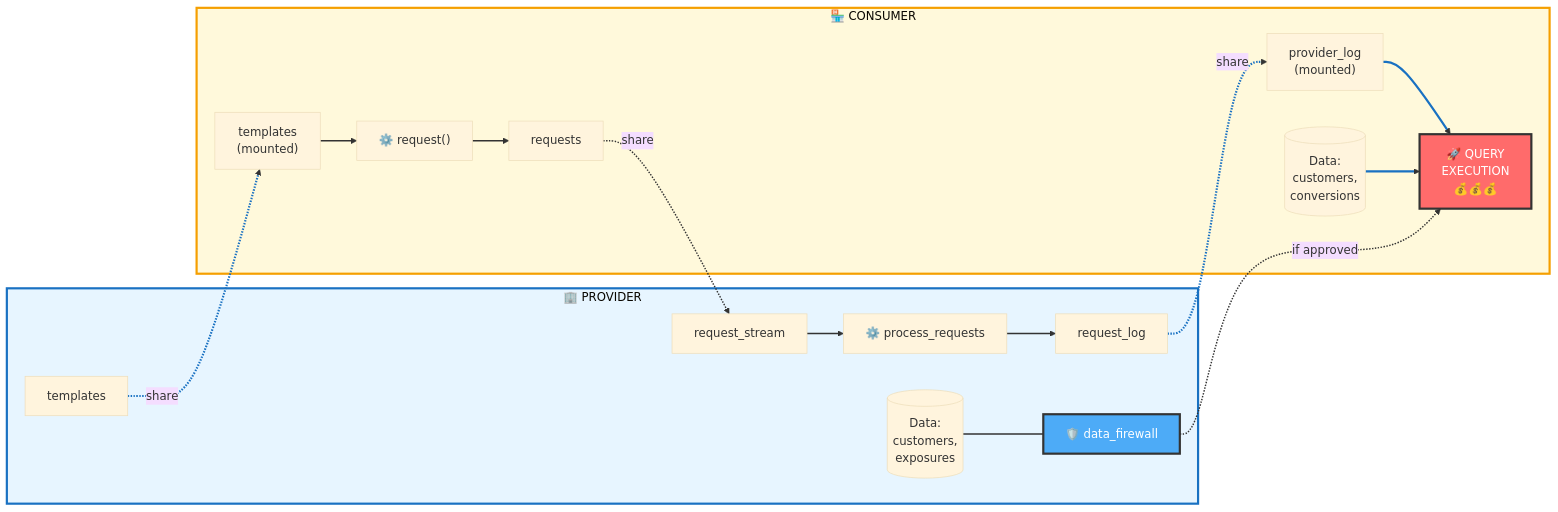
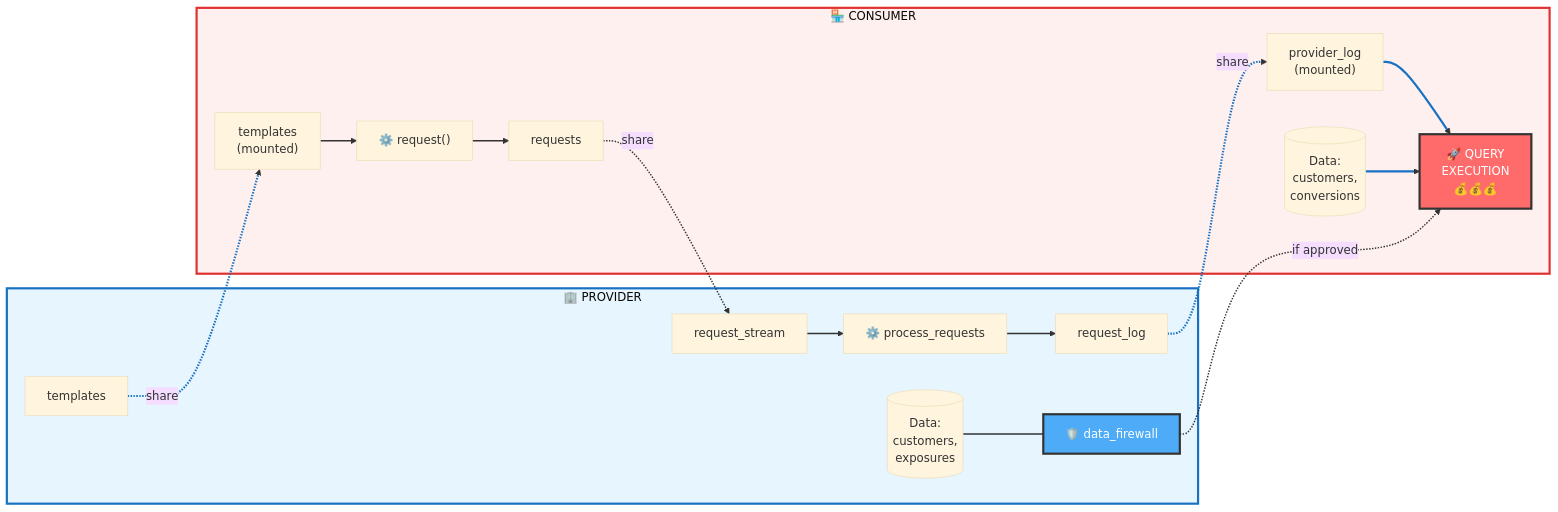
The first of 4 diagrams in DCR_Flow_and_Cost_Guide.md (sfc-gh-vshiv/sfquickstart-data-clean-room), drawn with Mermaid before and after one commit.

Commit message:
Update consumer style in DCR Flow and Cost Guide Mermaid diagram for improved visual consistency and clarity.

````diff
--- a/DCR_Flow_and_Cost_Guide.md
+++ b/DCR_Flow_and_Cost_Guide.md
@@ -21,41 +21,41 @@
 ```mermaid
 %%{init: {'theme': 'base', 'themeVariables': {'lineColor': '#333333'}}}%%
 flowchart LR
     subgraph PROVIDER["🏢 PROVIDER"]
         PD[("Data:<br/>customers,<br/>exposures")]
         PDF["🛡️ data_firewall"]
         PT["templates"]
         PRL["request_log"]
         PRS["request_stream"]
         PPR["⚙️ process_requests"]
         
         PD --- PDF
         PRS --> PPR --> PRL
     end
     
     subgraph CONSUMER["🏪 CONSUMER"]
         CD[("Data:<br/>customers,<br/>conversions")]
         CT["templates<br/>(mounted)"]
         CPL["provider_log<br/>(mounted)"]
         CRQ["requests"]
         CRP["⚙️ request()"]
         CQE["🚀 QUERY<br/>EXECUTION<br/>💰💰💰"]
         
         CT --> CRP --> CRQ
         CPL --> CQE
         CD --> CQE
     end
     
     PT -.->|"share"| CT
     PRL -.->|"share"| CPL
     CRQ -.->|"share"| PRS
     PDF -.->|"if approved"| CQE
     
     style PROVIDER fill:#e7f5ff,stroke:#1971c2,stroke-width:3px
-    style CONSUMER fill:#fff9db,stroke:#f59f00,stroke-width:3px
+    style CONSUMER fill:#fff0f0,stroke:#e03131,stroke-width:3px
     style CQE fill:#ff6b6b,stroke:#333,stroke-width:3px,color:#fff
     style PDF fill:#4dabf7,stroke:#333,stroke-width:3px,color:#fff
     
     linkStyle default stroke:#333,stroke-width:2px
     linkStyle 5,6,7,8 stroke:#1971c2,stroke-width:3px
 ```
````
